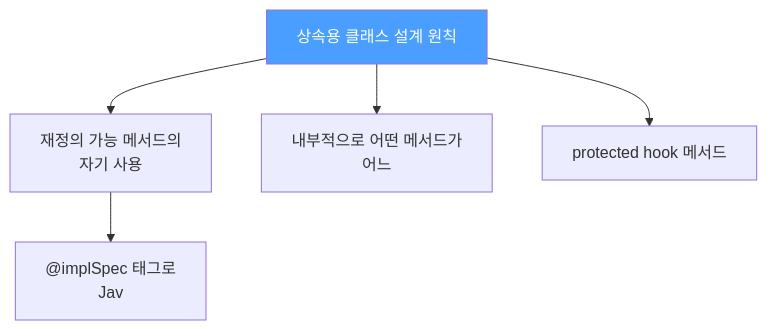
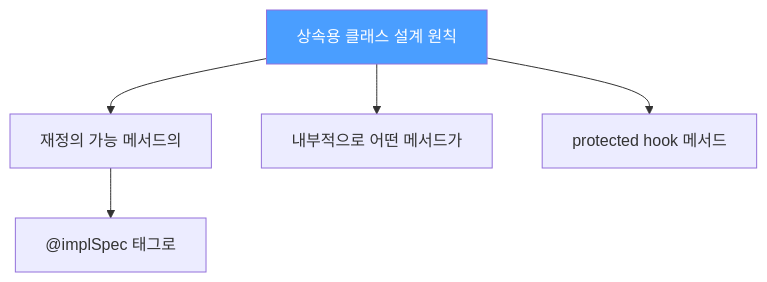
One commit to yjkim2015/yjkim2015.github.io changed the first of 6 diagrams in _posts/java/2022-01-03-effective-java19.md. Above: the diagram before and after it, drawn with Mermaid. The commit also changed other lines of this file and 217 other files, not shown here.

First line of the commit message:
Mermaid 크기 수정: useMaxWidth:true + SVG max-width:100% + 라벨 축소

````diff
--- a/_posts/java/2022-01-03-effective-java19.md
+++ b/_posts/java/2022-01-03-effective-java19.md
@@ -18,8 +18,8 @@
 ```mermaid
 graph TD
-    A["상속용 클래스 설계 원칙"] --> B["재정의 가능 메서드의\n자기 사용"]
-    A --> C["내부적으로 어떤 메서드가\n어느"]
+    A["상속용 클래스 설계 원칙"] --> B["재정의 가능 메서드의"]
+    A --> C["내부적으로 어떤 메서드가"]
     A --> D["protected hook 메서드"]
-    B --> E["@implSpec 태그로\nJav"]
+    B --> E["@implSpec 태그로"]
     style A fill:#4a9eff,color:#fff
 ```
````
